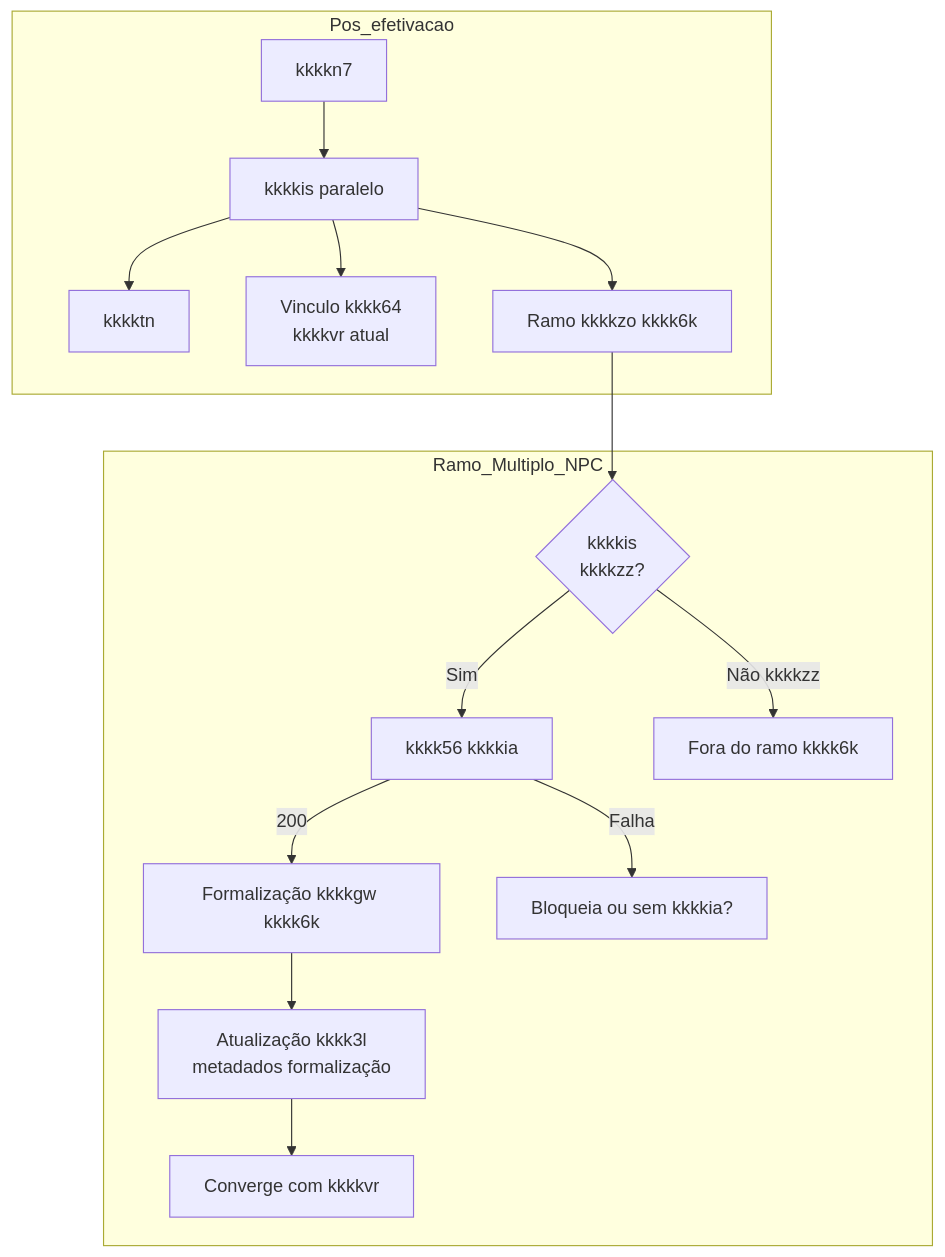
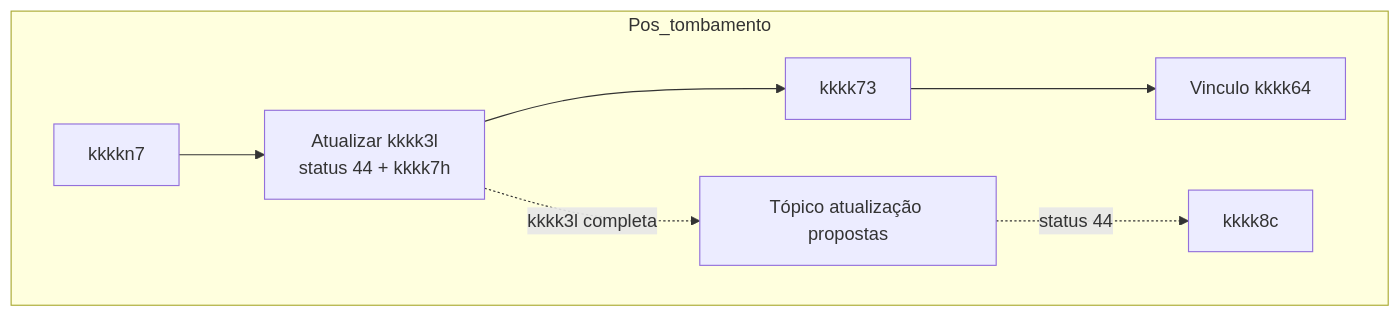
Before and after one commit to fabaodevudi/outros-codigos: the third of 3 diagrams in Java/m.md, drawn with Mermaid. The commit also changed other lines of this file, not shown here.

````diff
--- a/Java/m.md
+++ b/Java/m.md
@@ -128,21 +125,10 @@
 ```mermaid
 flowchart TB
-  subgraph Pos_efetivacao
-    P[kkkkn7]
-    P --> GW[kkkkis paralelo]
-    GW --> R1[kkkktn]
-    GW --> R2[Vinculo kkkk64<br/>kkkkvr atual]
-    GW --> R3[Ramo kkkkzo kkkk6k]
-  end
-
-  subgraph Ramo_Multiplo_NPC
-    GWP{kkkkis<br/>kkkkzz?}
-    R3 --> GWP
-    GWP -->|Sim| VPROX[kkkk56 kkkkia]
-    GWP -->|Não kkkkzz| OUT[Fora do ramo kkkk6k]
-    VPROX -->|200| FORM[Formalização kkkkgw kkkk6k]
-    VPROX -->|Falha| DECISAO[Bloqueia ou sem kkkkia?]
-    FORM --> ATU[Atualização kkkk3l<br/>metadados formalização]
-    ATU --> FIM[Converge com kkkkvr]
+  subgraph Pos_tombamento
+    PEC[kkkkn7] --> NOVA[Atualizar kkkk3l<br/>status 44 + kkkk7h]
+    NOVA --> GW[kkkk73]
+    GW --> R2[Vinculo kkkk64]
+    NOVA -.->|kkkk3l completa| KAFKA[Tópico atualização propostas]
+    KAFKA -.->|status 44| SETUP[kkkk8c]
   end
 ```
````
